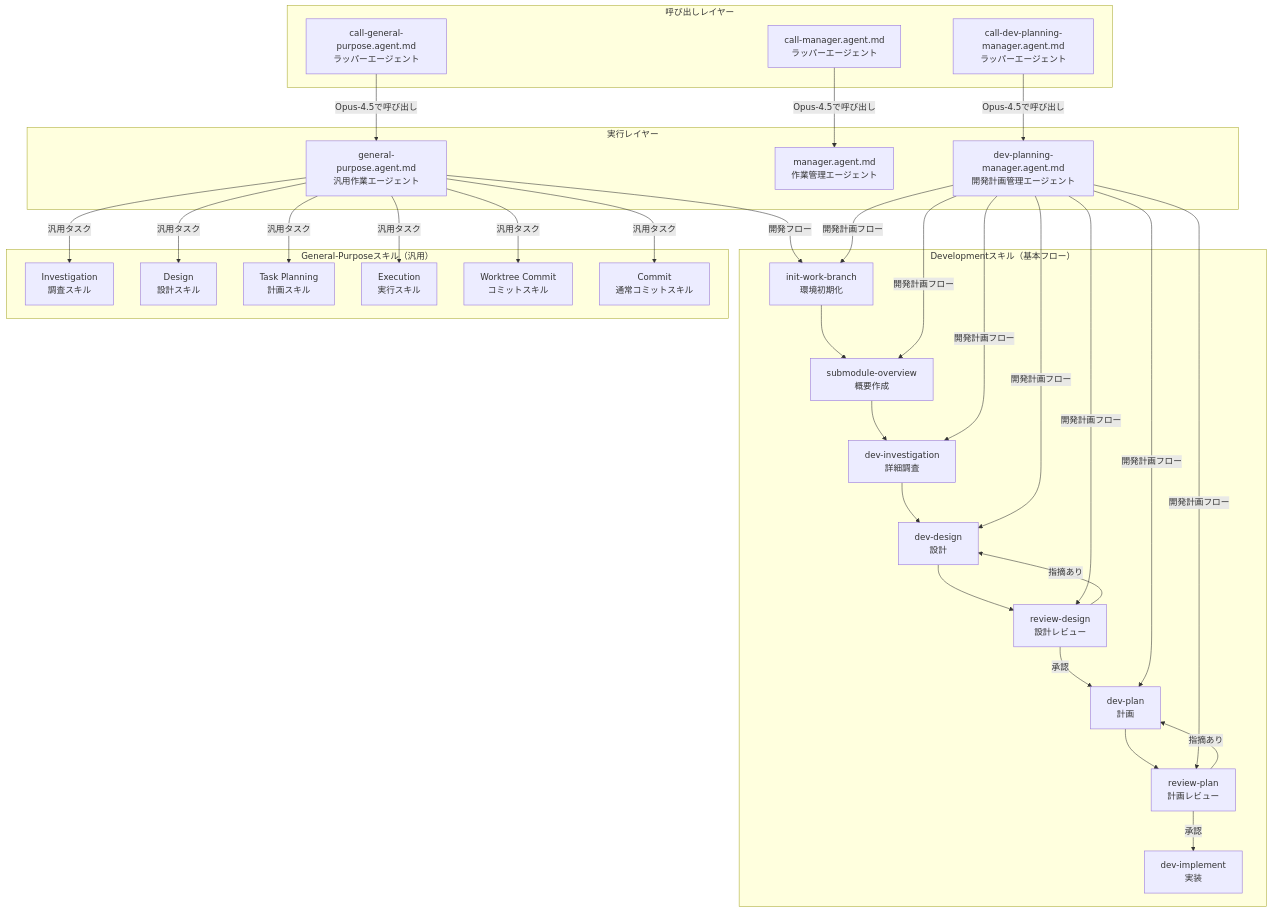
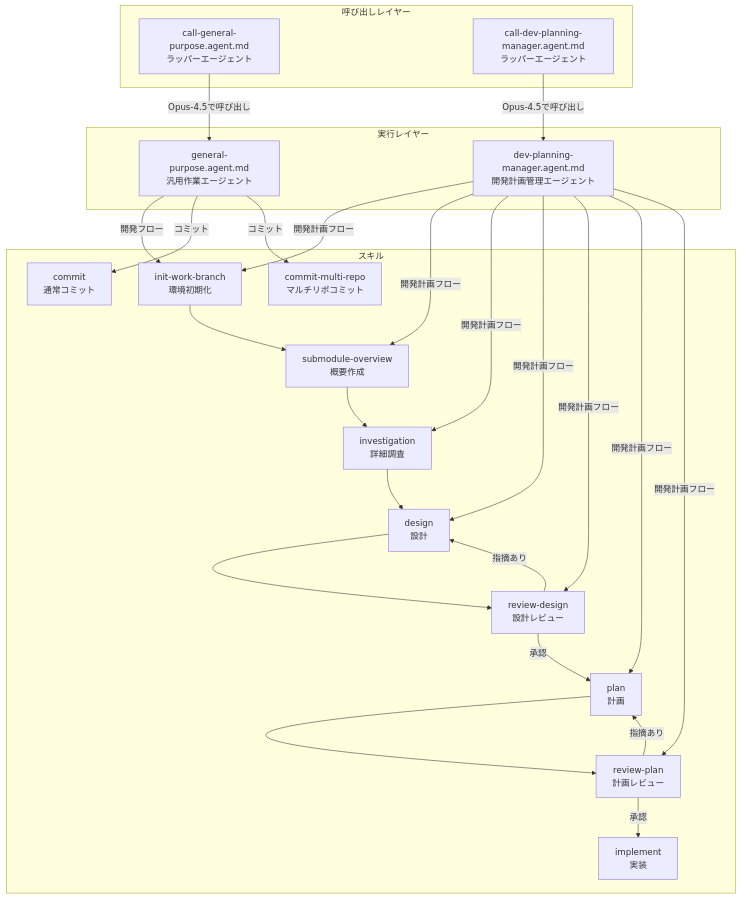
Before and after one commit to NagasakaH/dev-process: the first of 3 diagrams in README.md, drawn with Mermaid. The commit also changed other lines of this file and 60 other files, not shown here.

````diff
--- a/README.md
+++ b/README.md
@@ -33,64 +33,50 @@
 ```mermaid
 graph TB
     subgraph "呼び出しレイヤー"
         CGP[call-general-purpose.agent.md<br/>ラッパーエージェント]
-        CM[call-manager.agent.md<br/>ラッパーエージェント]
         CDPM[call-dev-planning-manager.agent.md<br/>ラッパーエージェント]
     end
     
     subgraph "実行レイヤー"
         GP[general-purpose.agent.md<br/>汎用作業エージェント]
-        M[manager.agent.md<br/>作業管理エージェント]
         DPM[dev-planning-manager.agent.md<br/>開発計画管理エージェント]
     end
     
-    subgraph "Developmentスキル（基本フロー）"
+    subgraph "スキル"
         IWB[init-work-branch<br/>環境初期化]
         SOV[submodule-overview<br/>概要作成]
-        DIN[dev-investigation<br/>詳細調査]
-        DDE[dev-design<br/>設計]
+        DIN[investigation<br/>詳細調査]
+        DDE[design<br/>設計]
         RDE[review-design<br/>設計レビュー]
-        DPL[dev-plan<br/>計画]
+        DPL[plan<br/>計画]
         RPL[review-plan<br/>計画レビュー]
-        DIM[dev-implement<br/>実装]
-    end
-    
-    subgraph "General-Purposeスキル（汎用）"
-        INV[Investigation<br/>調査スキル]
-        DES[Design<br/>設計スキル]
-        PLN[Task Planning<br/>計画スキル]
-        EXE[Execution<br/>実行スキル]
-        WTC[Worktree Commit<br/>コミットスキル]
-        CMT[Commit<br/>通常コミットスキル]
+        DIM[implement<br/>実装]
+        CMR[commit-multi-repo<br/>マルチリポコミット]
+        CMT[commit<br/>通常コミット]
     end
     
     CGP -->|Opus-4.5で呼び出し| GP
-    CM -->|Opus-4.5で呼び出し| M
     CDPM -->|Opus-4.5で呼び出し| DPM
     
     GP -->|開発フロー| IWB
     IWB --> SOV
     SOV --> DIN
     DIN --> DDE
     DDE --> RDE
     RDE -->|承認| DPL
     RDE -->|指摘あり| DDE
     DPL --> RPL
     RPL -->|承認| DIM
     RPL -->|指摘あり| DPL
     
     DPM -->|開発計画フロー| IWB
     DPM -->|開発計画フロー| SOV
     DPM -->|開発計画フロー| DIN
     DPM -->|開発計画フロー| DDE
     DPM -->|開発計画フロー| RDE
     DPM -->|開発計画フロー| DPL
     DPM -->|開発計画フロー| RPL
     
-    GP -->|汎用タスク| INV
-    GP -->|汎用タスク| DES
-    GP -->|汎用タスク| PLN
-    GP -->|汎用タスク| EXE
-    GP -->|汎用タスク| WTC
-    GP -->|汎用タスク| CMT
+    GP -->|コミット| CMT
+    GP -->|コミット| CMR
 ```
````
